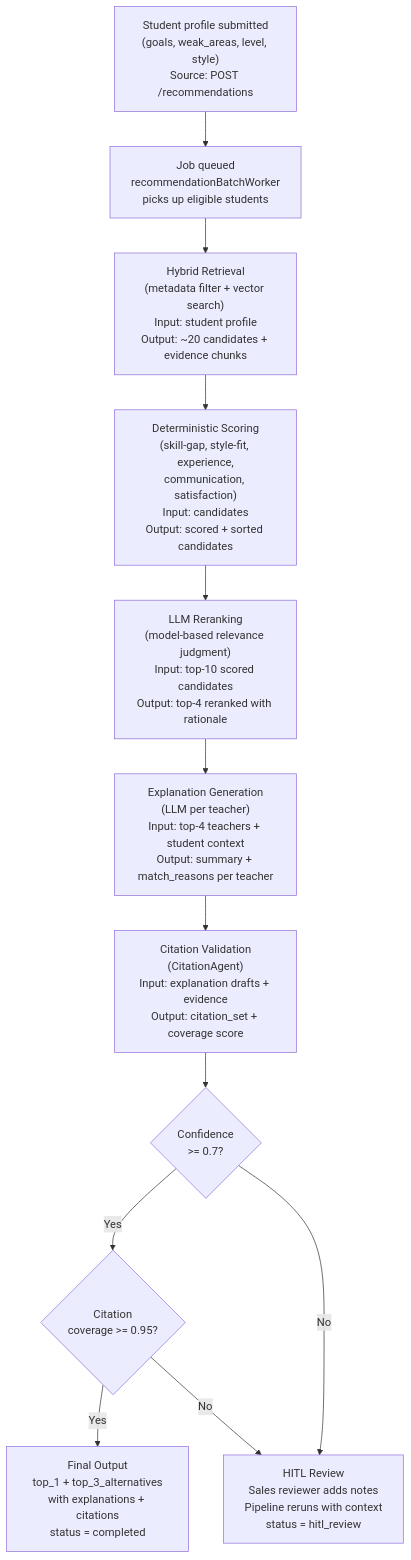
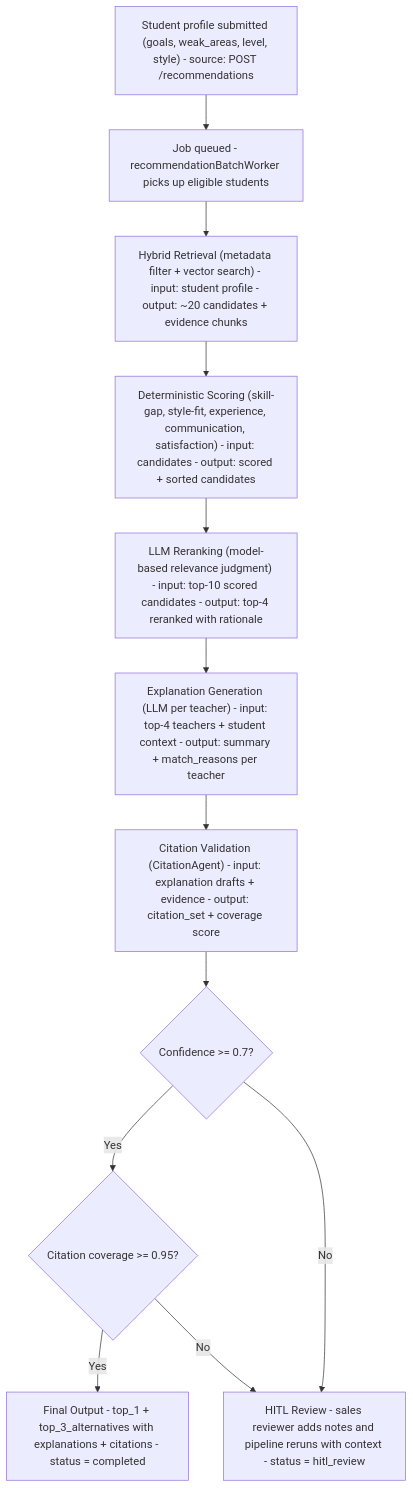
One commit to JackTran15/TF_AI_Engineer_Assignment changed the second of 3 diagrams in project-ticket-working-processes.md. Above: the diagram before and after it, drawn with Mermaid. The commit also changed other lines of this file and 7 other files, not shown here.

````diff
--- a/project-ticket-working-processes.md
+++ b/project-ticket-working-processes.md
@@ -175,26 +175,26 @@
 ```mermaid
 flowchart TD
-    studentInput["Student profile submitted\n(goals, weak_areas, level, style)\nSource: POST /recommendations"]
-    queue["Job queued\nrecommendationBatchWorker\npicks up eligible students"]
-    retrieval["Hybrid Retrieval\n(metadata filter + vector search)\nInput: student profile\nOutput: ~20 candidates + evidence chunks"]
-    scoring["Deterministic Scoring\n(skill-gap, style-fit, experience,\ncommunication, satisfaction)\nInput: candidates\nOutput: scored + sorted candidates"]
-    reranking["LLM Reranking\n(model-based relevance judgment)\nInput: top-10 scored candidates\nOutput: top-4 reranked with rationale"]
-    explanation["Explanation Generation\n(LLM per teacher)\nInput: top-4 teachers + student context\nOutput: summary + match_reasons per teacher"]
-    citation["Citation Validation\n(CitationAgent)\nInput: explanation drafts + evidence\nOutput: citation_set + coverage score"]
-    confGate{"Confidence\n>= 0.7?"}
-    citeGate{"Citation\ncoverage >= 0.95?"}
-    finalOutput["Final Output\ntop_1 + top_3_alternatives\nwith explanations + citations\nstatus = completed"]
-    hitl["HITL Review\nSales reviewer adds notes\nPipeline reruns with context\nstatus = hitl_review"]
+    studentInput["Student profile submitted (goals, weak_areas, level, style) - source: POST /recommendations"]
+    queue["Job queued - recommendationBatchWorker picks up eligible students"]
+    retrieval["Hybrid Retrieval (metadata filter + vector search) - input: student profile - output: ~20 candidates + evidence chunks"]
+    scoring["Deterministic Scoring (skill-gap, style-fit, experience, communication, satisfaction) - input: candidates - output: scored + sorted candidates"]
+    reranking["LLM Reranking (model-based relevance judgment) - input: top-10 scored candidates - output: top-4 reranked with rationale"]
+    explanation["Explanation Generation (LLM per teacher) - input: top-4 teachers + student context - output: summary + match_reasons per teacher"]
+    citation["Citation Validation (CitationAgent) - input: explanation drafts + evidence - output: citation_set + coverage score"]
+    confGate{"Confidence >= 0.7?"}
+    citeGate{"Citation coverage >= 0.95?"}
+    finalOutput["Final Output - top_1 + top_3_alternatives with explanations + citations - status = completed"]
+    hitl["HITL Review - sales reviewer adds notes and pipeline reruns with context - status = hitl_review"]
 
     studentInput --> queue
     queue --> retrieval
     retrieval --> scoring
     scoring --> reranking
     reranking --> explanation
     explanation --> citation
     citation --> confGate
     confGate -->|"Yes"| citeGate
     confGate -->|"No"| hitl
     citeGate -->|"Yes"| finalOutput
     citeGate -->|"No"| hitl
 ```
````
